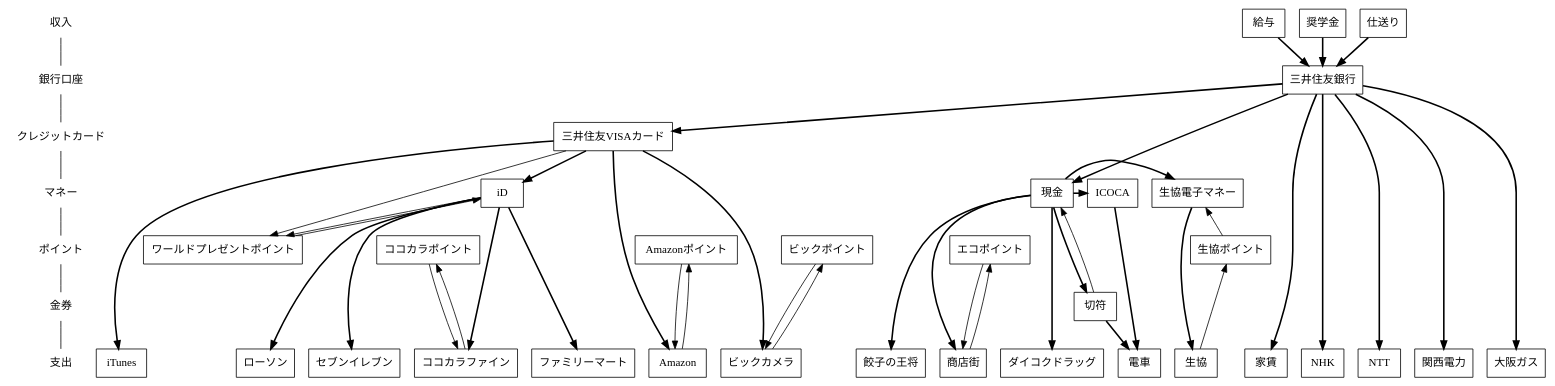
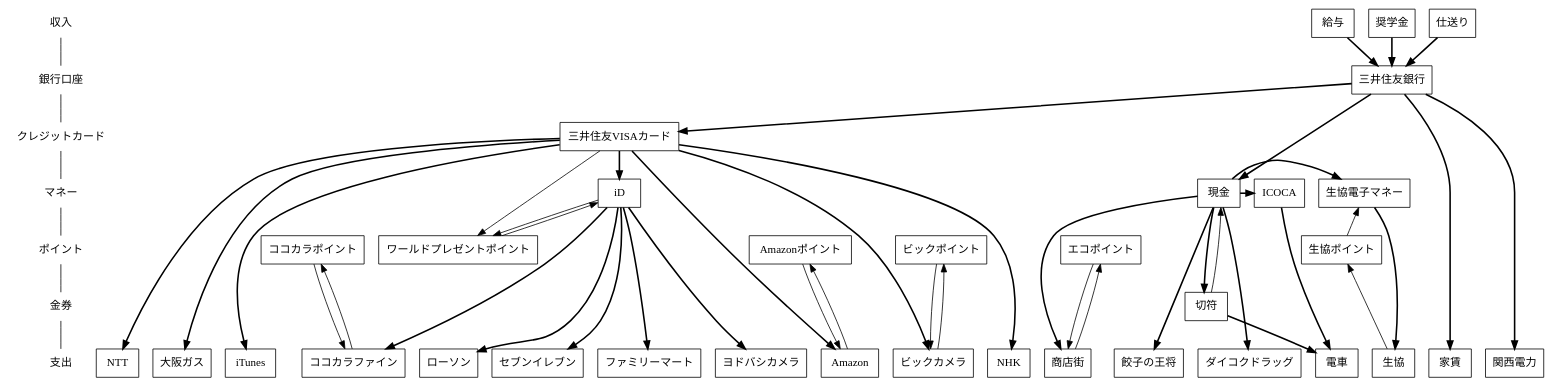
One commit to saireya/moneyflow changed the diagram in flow.dot. Above: the diagram before and after it, drawn with Graphviz.

Commit message:
2014/03: Moved OsakaGas, NHK and NTT under SMBC-Visa

```diff
--- a/flow.dot
+++ b/flow.dot
@@ -1,111 +1,114 @@
 // dot -Tsvg flow.dot -o flow.svg
 digraph "MoneyFlow"
 {
 	node [ shape = box ];
 
 	"収入", "銀行口座", "クレジットカード", "マネー", "ポイント", "金券", "支出" [shape = none];
 	"収入" -> "銀行口座" -> "クレジットカード" -> "マネー" -> "ポイント" -> "金券" -> "支出" [arrowhead = none];
 	{
 		rank = same; "収入";
 		給与;
 		奨学金;
 		仕送り;
 	}
 
 	{
 		rank = same; "銀行口座";
 		三井住友銀行;
 	}
 
 	{
 		rank = same; "クレジットカード";
 		三井住友VISAカード;
 	}
 
 	{
 		rank = same; "マネー";
 		ICOCA;
 		生協電子マネー;
 		現金;
 		iD;
 	}
 
 	{
 		rank = same; "ポイント";
 		// クレジットカード関係
 		ワールドプレゼントポイント;
 		// 独自ポイント
 		エコポイント;
 		生協ポイント;
 		ココカラポイント;
 		ビックポイント;
 		Amazonポイント;
 	}
 
 	{
 		rank = same; "金券";
 		切符;
 	}
 
 	{
 		rank = same; "支出";
 		家賃;
 		// コンビニ
 		ローソン;
 		セブンイレブン;
 		ファミリーマート;
 		// 交通
 		電車;
 		// インフラ
 		NHK;
 		NTT;
 		関西電力;
 		大阪ガス;
 		// 店舗
 		商店街;
 		生協;
 		ココカラファイン;
 		ダイコクドラッグ;
 		ビックカメラ;
+		ヨドバシカメラ;
 		餃子の王将;
 		// ネット
 		Amazon;
 		iTunes;
 	}
 
 	// SMBC
 	給与 -> 三井住友銀行 [style="bold", weight=100];
 	奨学金 -> 三井住友銀行 [style="bold", weight=100];
 	仕送り -> 三井住友銀行 [style="bold", weight=100];
-	三井住友銀行 -> 現金, 家賃, 関西電力, 大阪ガス, NHK, NTT [style="bold", weight=100];
+	三井住友銀行 -> 現金, 家賃, 関西電力 [style="bold", weight=100];
 
 	// SMBC-Visa
 	三井住友銀行 -> 三井住友VISAカード [style="bold", weight=100];
+	三井住友VISAカード -> 大阪ガス, NHK, NTT [style="bold", weight=100];
 	三井住友VISAカード -> iTunes [style="bold", weight=100];
 	三井住友VISAカード -> Amazon [style="bold", weight=100];
 	三井住友VISAカード -> ワールドプレゼントポイント;
 	Amazon -> Amazonポイント -> Amazon;
 	三井住友VISAカード -> ビックカメラ [style="bold", weight=100];
 	ビックカメラ -> ビックポイント -> ビックカメラ;
 	// iD
 	三井住友VISAカード -> iD [style="bold", weight=100];
 	iD -> ローソン [style="bold", weight=100];
 	iD -> セブンイレブン [style="bold", weight=100];
 	iD -> ファミリーマート [style="bold", weight=100];
 	iD -> ココカラファイン [style="bold", weight=100];
 	ココカラファイン -> ココカラポイント -> ココカラファイン;
+	iD -> ヨドバシカメラ [style="bold", weight=100];
 	iD -> ワールドプレゼントポイント -> iD;
 
 	// 現金
 	現金 -> 商店街 [style="bold", weight=100];
 	商店街 -> エコポイント -> 商店街;
 	現金 -> 生協電子マネー [style="bold", weight=100];
 	生協電子マネー -> 生協 [style="bold", weight=100];
 	生協 -> 生協ポイント -> 生協電子マネー;
 	現金 -> ダイコクドラッグ [style="bold", weight=100];
 	現金 -> 餃子の王将 [style="bold", weight=100];
 
 	現金 -> ICOCA -> 電車 [style="bold", weight=100];
 	現金 -> 切符 -> 電車 [style="bold", weight=100];
 	切符 -> 現金;
 } 
```
